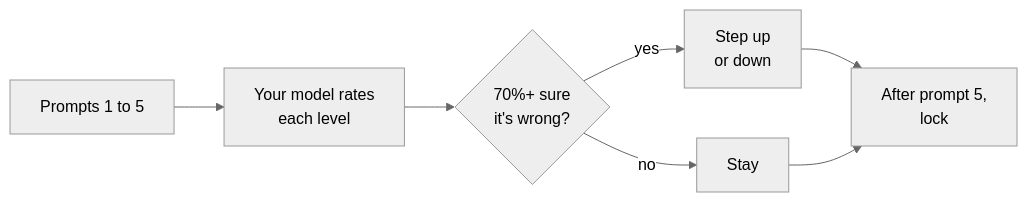
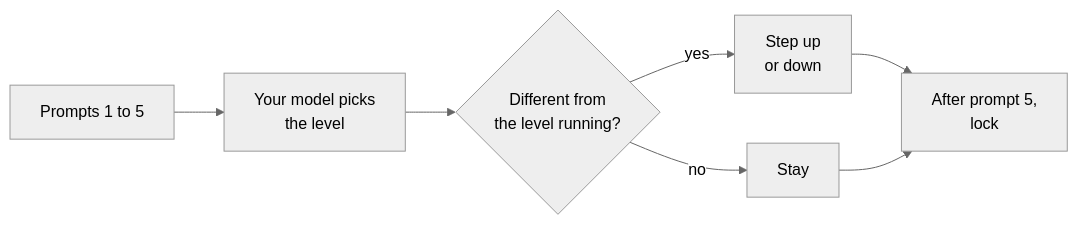
Before and after one commit to tommy5dollar/claude-mods: the diagram in effort-router/README.md, drawn with Mermaid (neutral theme). The commit also changed other lines of this file and 14 other files, not shown here.

````diff
--- a/effort-router/README.md
+++ b/effort-router/README.md
@@ -74,9 +78,9 @@
 ```mermaid
 flowchart LR
-    P["Prompts 1 to 5"] --> R["Your model rates<br>each level"]
-    R --> C{"70%+ sure<br>it's wrong?"}
+    P["Prompts 1 to 5"] --> R["Your model picks<br>the level"]
+    R --> C{"Different from<br>the level running?"}
     C -- "yes" --> M["Step up<br>or down"]
     C -- "no" --> K["Stay"]
     M --> L["After prompt 5,<br>lock"]
     K --> L
 ```
````
